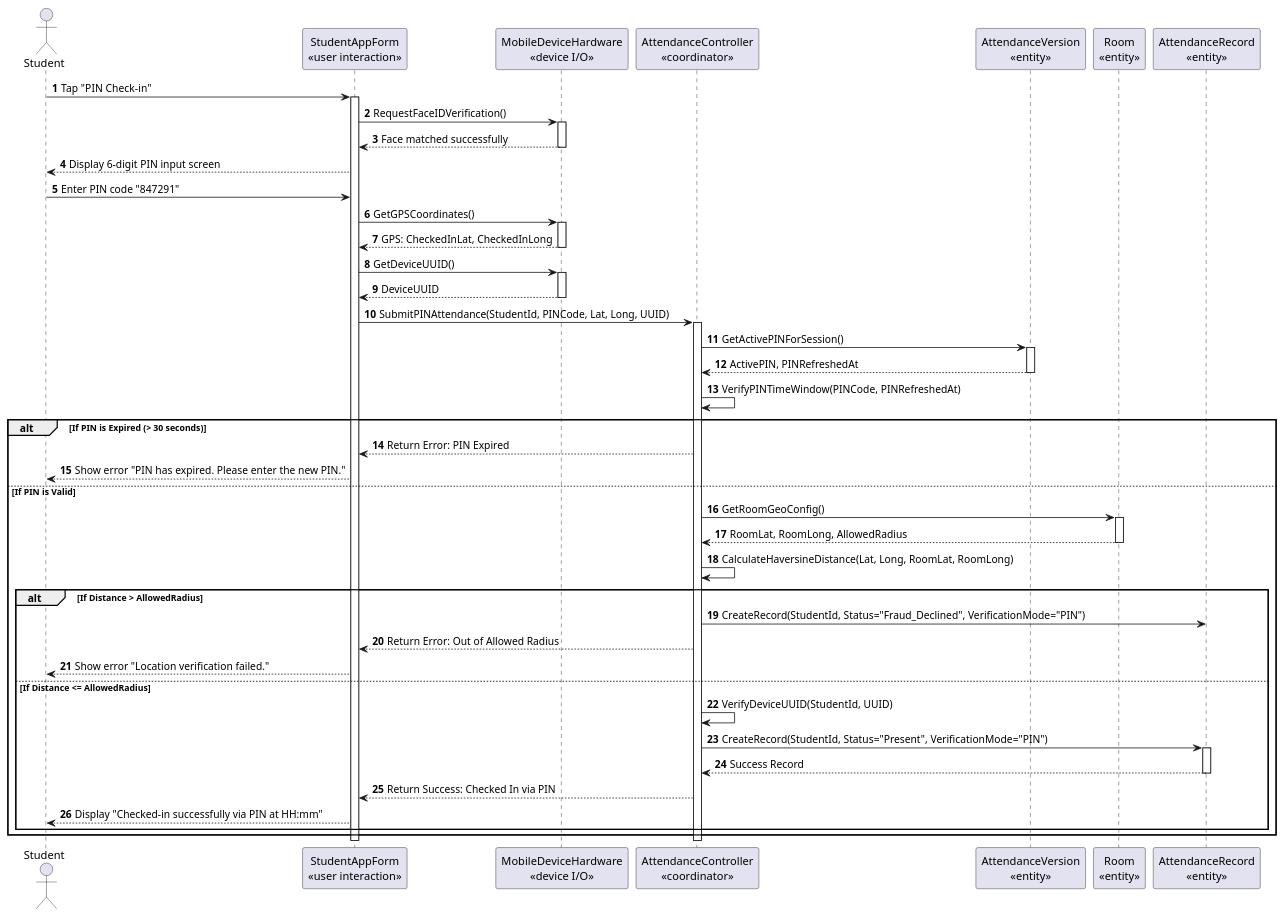
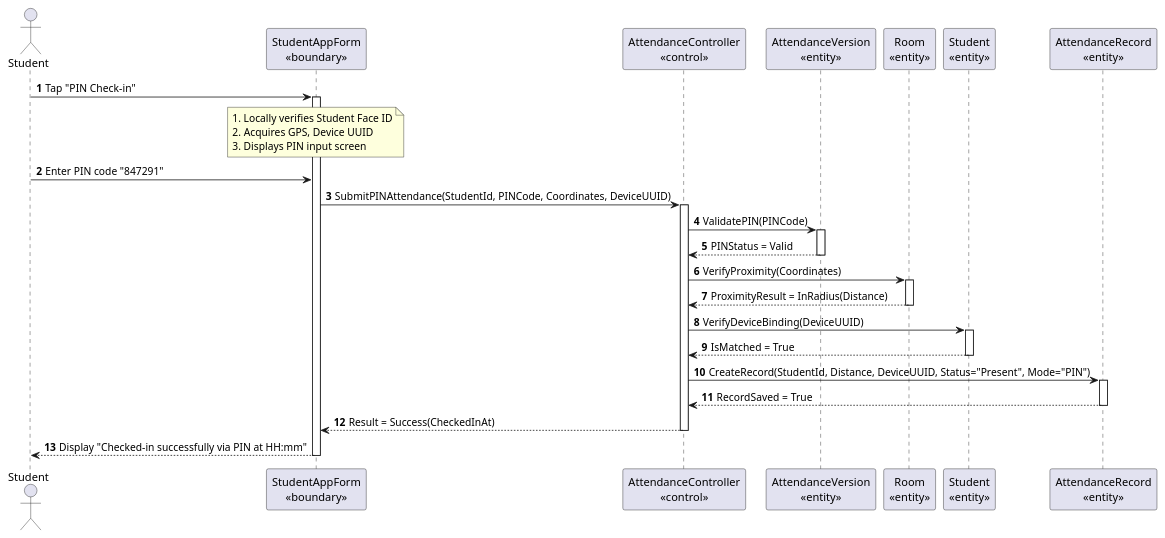
Diagram 14 of 31 in MainDocs/AFAS_RDS_Document_Part1B_Analysis_models.md (nttung42/SWD392), drawn with PlantUML before and after one commit. The commit also changed other lines of this file and 1 other file, not shown here.

````diff
--- a/MainDocs/AFAS_RDS_Document_Part1B_Analysis_models.md
+++ b/MainDocs/AFAS_RDS_Document_Part1B_Analysis_models.md
@@ -719,69 +758,45 @@
 ```plantuml
 @startuml
 autonumber
-actor SV as "Student"
-participant SAF as "StudentAppForm\n«user interaction»"
-participant MD as "MobileDeviceHardware\n«device I/O»"
-participant AC as "AttendanceController\n«coordinator»"
+actor Student as "Student"
+participant SAF as "StudentAppForm\n«boundary»"
+participant AC as "AttendanceController\n«control»"
 participant V as "AttendanceVersion\n«entity»"
 participant R as "Room\n«entity»"
+participant ST as "Student\n«entity»"
 participant AR as "AttendanceRecord\n«entity»"
 
-SV -> SAF : Tap "PIN Check-in"
+Student -> SAF : Tap "PIN Check-in"
 activate SAF
+note over SAF : 1. Locally verifies Student Face ID\n2. Acquires GPS, Device UUID\n3. Displays PIN input screen
+Student -> SAF : Enter PIN code "847291"
 
-SAF -> MD : RequestFaceIDVerification()
-activate MD
-MD --> SAF : Face matched successfully
-deactivate MD
-
-SAF --> SV : Display 6-digit PIN input screen
-SV -> SAF : Enter PIN code "847291"
-
-SAF -> MD : GetGPSCoordinates()
-activate MD
-MD --> SAF : GPS: CheckedInLat, CheckedInLong
-deactivate MD
-
-SAF -> MD : GetDeviceUUID()
-activate MD
-MD --> SAF : DeviceUUID
-deactivate MD
-
-SAF -> AC : SubmitPINAttendance(StudentId, PINCode, Lat, Long, UUID)
+SAF -> AC : SubmitPINAttendance(StudentId, PINCode, Coordinates, DeviceUUID)
 activate AC
 
-AC -> V : GetActivePINForSession()
+AC -> V : ValidatePIN(PINCode)
 activate V
-V --> AC : ActivePIN, PINRefreshedAt
+V --> AC : PINStatus = Valid
 deactivate V
-AC -> AC : VerifyPINTimeWindow(PINCode, PINRefreshedAt)
 
-alt If PIN is Expired (> 30 seconds)
-    AC --> SAF : Return Error: PIN Expired
-    SAF --> SV : Show error "PIN has expired. Please enter the new PIN."
-else If PIN is Valid
-    AC -> R : GetRoomGeoConfig()
-    activate R
-    R --> AC : RoomLat, RoomLong, AllowedRadius
-    deactivate R
-    AC -> AC : CalculateHaversineDistance(Lat, Long, RoomLat, RoomLong)
-    
-    alt If Distance > AllowedRadius
-        AC -> AR : CreateRecord(StudentId, Status="Fraud_Declined", VerificationMode="PIN")
-        AC --> SAF : Return Error: Out of Allowed Radius
-        SAF --> SV : Show error "Location verification failed."
-    else If Distance <= AllowedRadius
-        AC -> AC : VerifyDeviceUUID(StudentId, UUID)
-        AC -> AR : CreateRecord(StudentId, Status="Present", VerificationMode="PIN")
-        activate AR
-        AR --> AC : Success Record
-        deactivate AR
-        AC --> SAF : Return Success: Checked In via PIN
-        SAF --> SV : Display "Checked-in successfully via PIN at HH:mm"
-    end
-end
+AC -> R : VerifyProximity(Coordinates)
+activate R
+R --> AC : ProximityResult = InRadius(Distance)
+deactivate R
+
+AC -> ST : VerifyDeviceBinding(DeviceUUID)
+activate ST
+ST --> AC : IsMatched = True
+deactivate ST
+
+AC -> AR : CreateRecord(StudentId, Distance, DeviceUUID, Status="Present", Mode="PIN")
+activate AR
+AR --> AC : RecordSaved = True
+deactivate AR
+
+AC --> SAF : Result = Success(CheckedInAt)
 deactivate AC
+SAF --> Student : Display "Checked-in successfully via PIN at HH:mm"
 deactivate SAF
 @enduml
 ```
````
